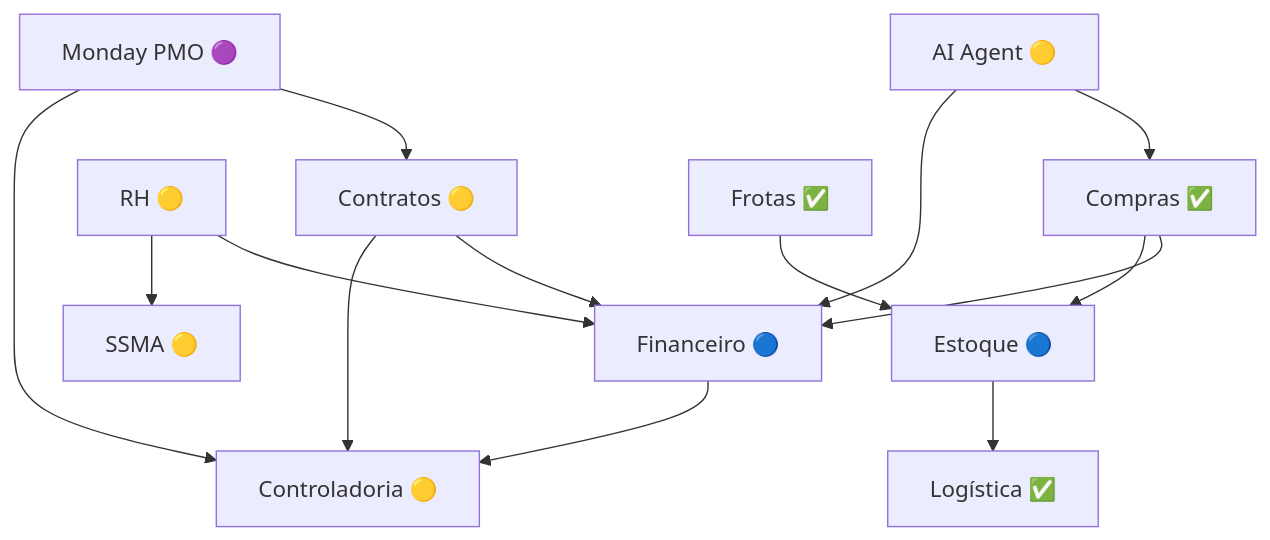
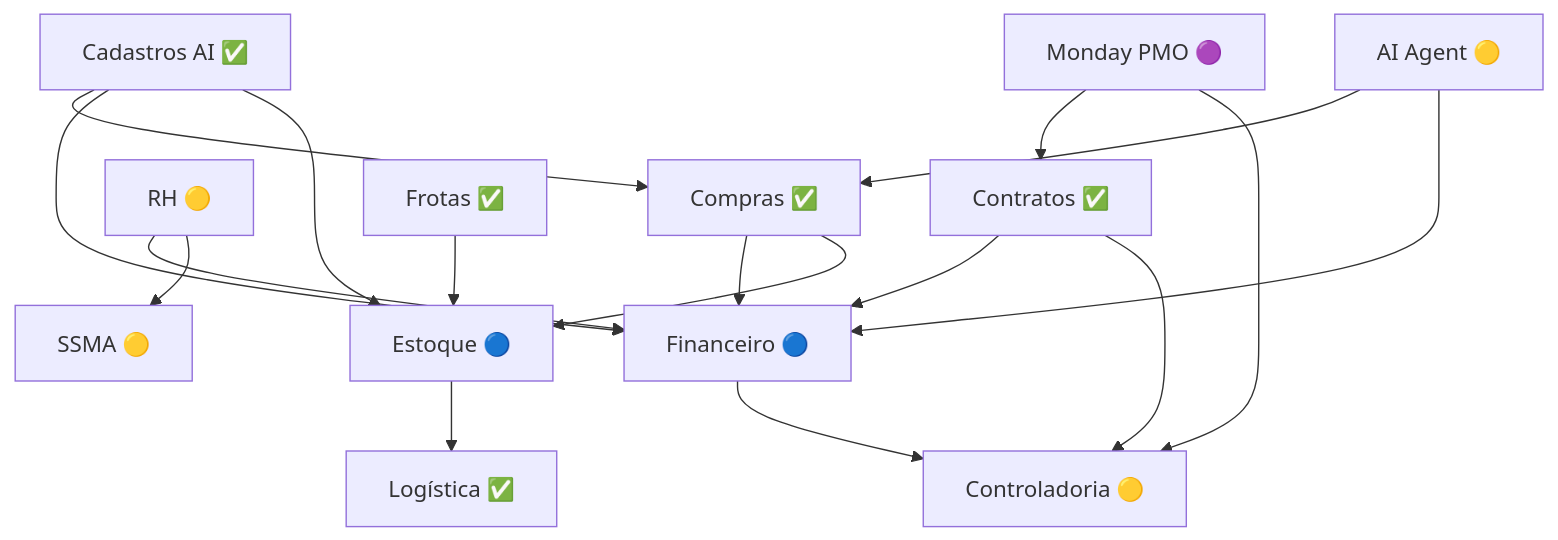
The third of 3 diagrams in docs/obsidian/17 - Roadmap.md (leandroteg/teg-plus), drawn with Mermaid before and after one commit. The commit also changed other lines of this file and 7 other files, not shown here.

````diff
--- a/docs/obsidian/17 - Roadmap.md
+++ b/docs/obsidian/17 - Roadmap.md
@@ -300,16 +307,19 @@
 ```mermaid
 graph TD
     COMP[Compras ✅] --> FIN[Financeiro 🔵]
     COMP --> EST[Estoque 🔵]
     FIN --> CTRL[Controladoria 🟡]
     EST --> LOG[Logística ✅]
     RH[RH 🟡] --> FIN
     RH --> SSMA[SSMA 🟡]
-    CONT[Contratos 🟡] --> FIN
+    CONT[Contratos ✅] --> FIN
     CONT --> CTRL
     FROT[Frotas ✅] --> EST
+    CAD[Cadastros AI ✅] --> COMP
+    CAD --> FIN
+    CAD --> EST
     AI[AI Agent 🟡] --> COMP
     AI --> FIN
     MON[Monday PMO 🟣] --> CONT
     MON --> CTRL
 ```
````
